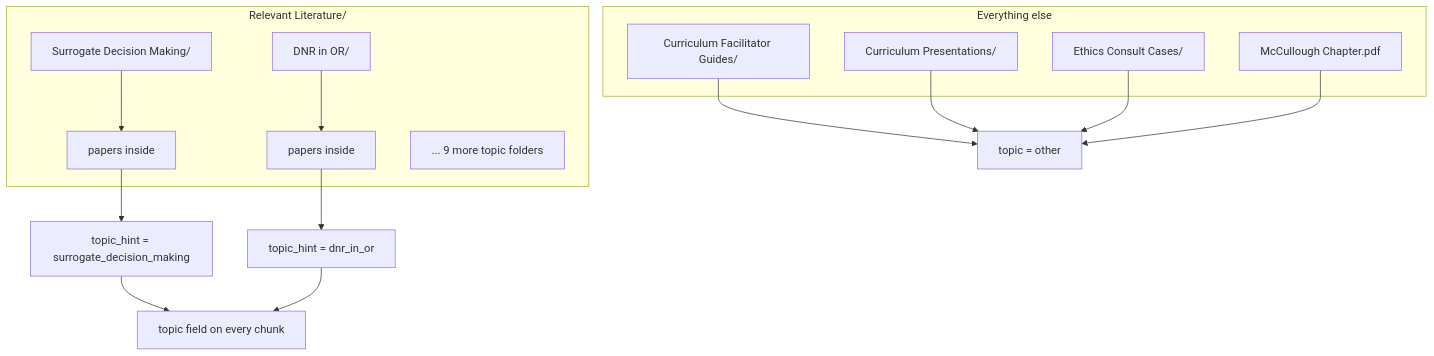
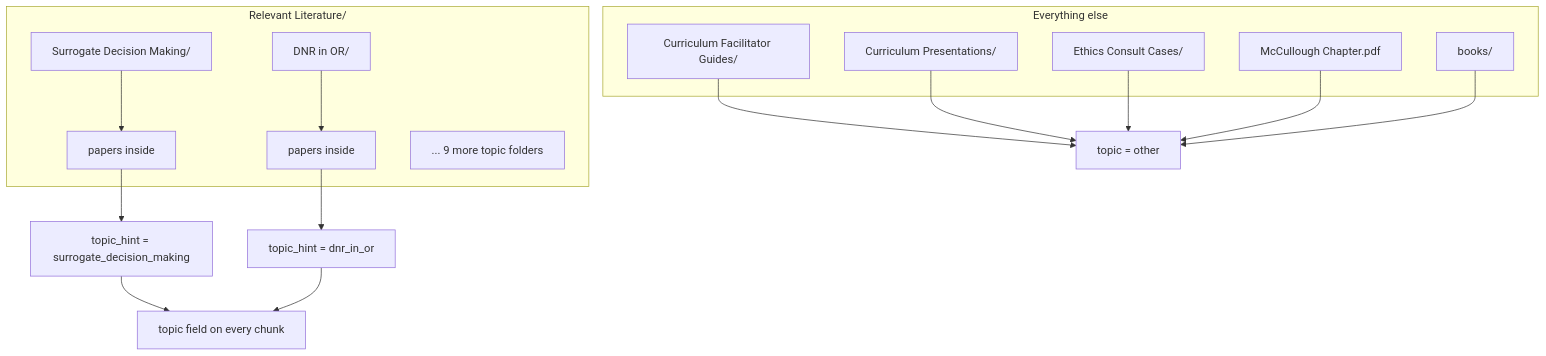
One commit to gafur55/Ethics-RAG changed the third of 3 diagrams in README.md. Above: the diagram before and after it, drawn with Mermaid. The commit also changed other lines of this file and 8 other files, not shown here.

````diff
--- a/README.md
+++ b/README.md
@@ -68,23 +69,25 @@
 ```mermaid
 flowchart TD
     subgraph "Relevant Literature/"
         T1[Surrogate Decision Making/] --> P1[papers inside]
         T2[DNR in OR/] --> P2[papers inside]
         T3[... 9 more topic folders]
     end
     P1 --> H1[topic_hint = surrogate_decision_making]
     P2 --> H2[topic_hint = dnr_in_or]
     H1 --> TAG[topic field on every chunk]
     H2 --> TAG
 
     subgraph "Everything else"
         C1[Curriculum Facilitator Guides/]
         C2[Curriculum Presentations/]
         C3[Ethics Consult Cases/]
         C4[McCullough Chapter.pdf]
+    C5[books/]
     end
     C1 --> O[topic = other]
     C2 --> O
     C3 --> O
     C4 --> O
+    C5 --> O
 ```
````
